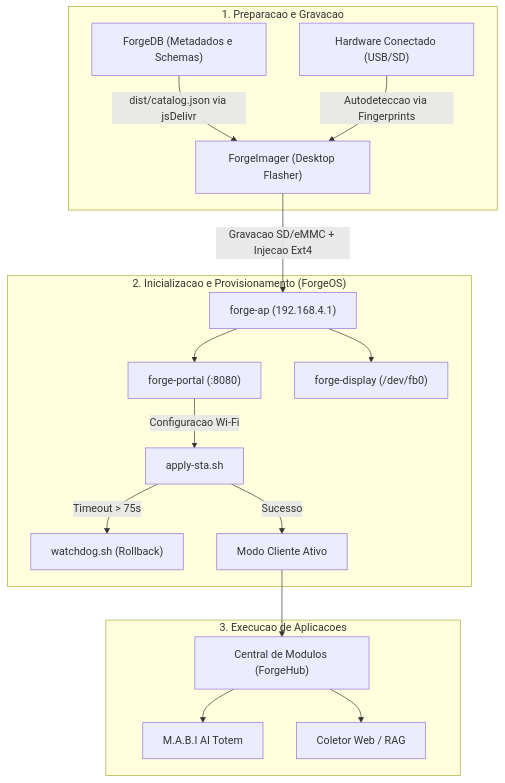
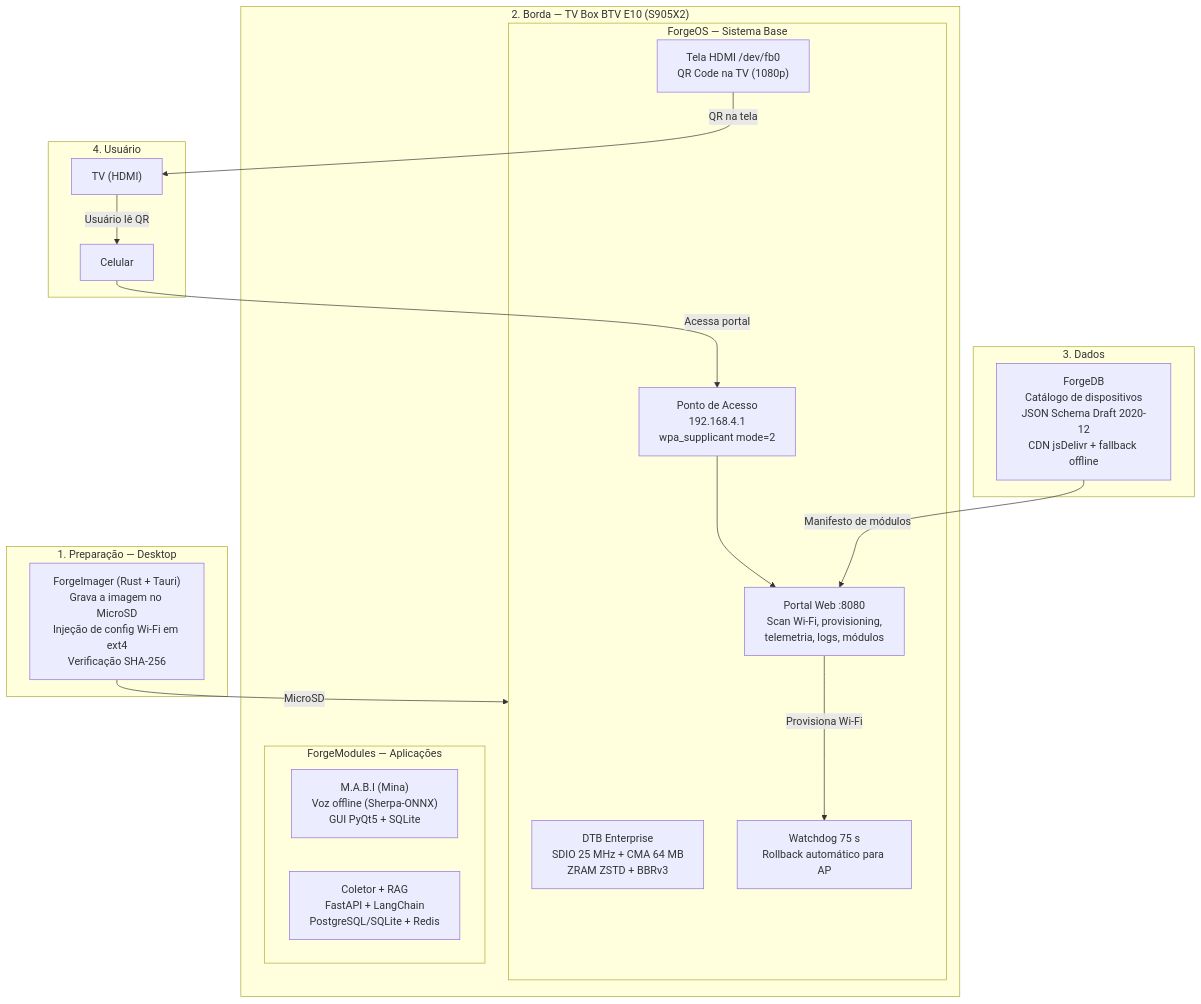
One commit to multi-forge/multi-forge changed the diagram in README.md. Above: the diagram before and after it, drawn with Mermaid. The commit also changed other lines of this file and 6 other files, not shown here.

````diff
--- a/README.md
+++ b/README.md
@@ -58,22 +69,37 @@
 ```mermaid
-flowchart TD
-    subgraph Preparacao ["1. Preparacao e Gravacao"]
-        FDB["ForgeDB (Metadados e Schemas)"] -->|"dist/catalog.json via jsDelivr"| FI["ForgeImager (Desktop Flasher)"]
-        HW["Hardware Conectado (USB/SD)"] -->|"Autodeteccao via Fingerprints"| FI
+flowchart TB
+    subgraph Desktop["1. Preparação — Desktop"]
+        FI["ForgeImager (Rust + Tauri)<br/>Grava a imagem no MicroSD<br/>Injeção de config Wi-Fi em ext4<br/>Verificação SHA-256"]
     end
 
-    subgraph Boot ["2. Inicializacao e Provisionamento (ForgeOS)"]
-        FI -->|"Gravacao SD/eMMC + Injecao Ext4"| AP["forge-ap (192.168.4.1)"]
-        AP --> PORTAL["forge-portal (:8080)"]
-        AP --> HDMI["forge-display (/dev/fb0)"]
-        PORTAL -->|"Configuracao Wi-Fi"| APPLY["apply-sta.sh"]
-        APPLY -->|"Timeout > 75s"| WD["watchdog.sh (Rollback)"]
-        APPLY -->|"Sucesso"| CLI["Modo Cliente Ativo"]
+    subgraph Borda["2. Borda — TV Box BTV E10 (S905X2)"]
+        subgraph OS["ForgeOS — Sistema Base"]
+            DTB["DTB Enterprise<br/>SDIO 25 MHz + CMA 64 MB<br/>ZRAM ZSTD + BBRv3"]
+            AP["Ponto de Acesso<br/>192.168.4.1<br/>wpa_supplicant mode=2"]
+            DISP["Tela HDMI /dev/fb0<br/>QR Code na TV (1080p)"]
+            PORTAL["Portal Web :8080<br/>Scan Wi-Fi, provisioning,<br/>telemetria, logs, módulos"]
+            WATCH["Watchdog 75 s<br/>Rollback automático para AP"]
+        end
+        subgraph Modules["ForgeModules — Aplicações"]
+            MABI["M.A.B.I (Mina)<br/>Voz offline (Sherpa-ONNX)<br/>GUI PyQt5 + SQLite"]
+            RAG["Coletor + RAG<br/>FastAPI + LangChain<br/>PostgreSQL/SQLite + Redis"]
+        end
     end
 
-    subgraph Modulos ["3. Execucao de Aplicacoes"]
-        CLI --> HUB["Central de Modulos (ForgeHub)"]
-        HUB --> MOD1["M.A.B.I AI Totem"]
-        HUB --> MOD2["Coletor Web / RAG"]
+    subgraph Dados["3. Dados"]
+        FDB["ForgeDB<br/>Catálogo de dispositivos<br/>JSON Schema Draft 2020-12<br/>CDN jsDelivr + fallback offline"]
     end
+
+    subgraph User["4. Usuário"]
+        TV["TV (HDMI)"]
+        CEL["Celular"]
+    end
+
+    FI -->|MicroSD| OS
+    DISP -->|QR na tela| TV
+    TV -->|Usuário lê QR| CEL
+    CEL -->|Acessa portal| AP
+    AP --> PORTAL
+    PORTAL -->|Provisiona Wi-Fi| WATCH
+    FDB -->|Manifesto de módulos| PORTAL
 ```
````
